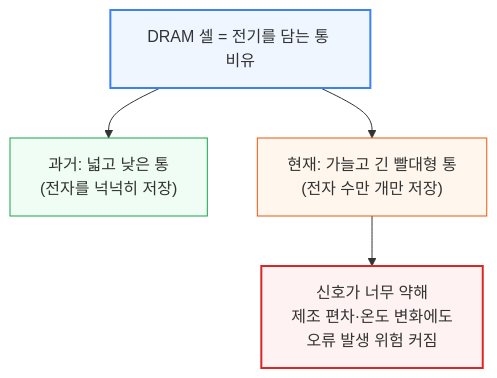
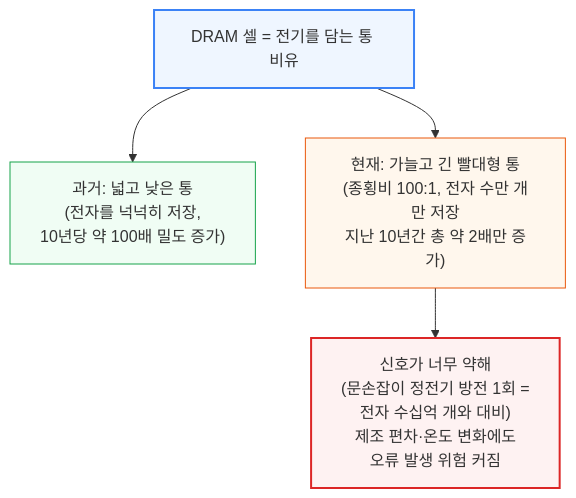
One commit to yohan4477/semi-report changed the second of 18 diagrams in 원본 해석/[260207] 메모리 마니아 - 40년 만의 공급 부족이 부르는 메모리 붐.md. Above: the diagram before and after it, drawn with Mermaid. The commit also changed other lines of this file, not shown here.

````diff
--- a/원본 해석/[260207] 메모리 마니아 - 40년 만의 공급 부족이 부르는 메모리 붐.md
+++ b/원본 해석/[260207] 메모리 마니아 - 40년 만의 공급 부족이 부르는 메모리 붐.md
@@ -92,11 +93,11 @@
 ```mermaid
 flowchart TD
-    Bucket["DRAM 셀 = 전기를 담는 통 비유"] --> Old["과거: 넓고 낮은 통<br/>(전자를 넉넉히 저장)"]
-    Bucket --> New["현재: 가늘고 긴 빨대형 통<br/>(전자 수만 개만 저장)"]
-    New --> Problem["신호가 너무 약해<br/>제조 편차·온도 변화에도<br/>오류 발생 위험 커짐"]
+    Bucket["DRAM 셀 = 전기를 담는 통 비유"] --> Old["과거: 넓고 낮은 통<br/>(전자를 넉넉히 저장,<br/>10년당 약 100배 밀도 증가)"]
+    Bucket --> New["현재: 가늘고 긴 빨대형 통<br/>(종횡비 100:1, 전자 수만 개만 저장<br/>지난 10년간 총 약 2배만 증가)"]
+    New --> Problem["신호가 너무 약해<br/>(문손잡이 정전기 방전 1회 =<br/>전자 수십억 개와 대비)<br/>제조 편차·온도 변화에도<br/>오류 발생 위험 커짐"]
 
     style Bucket fill:#eff6ff,stroke:#3b82f6,stroke-width:2px
     style Old fill:#f0fdf4,stroke:#16a34a
     style New fill:#fff7ed,stroke:#ea580c
     style Problem fill:#fef2f2,stroke:#dc2626,stroke-width:2px
 ```
````
